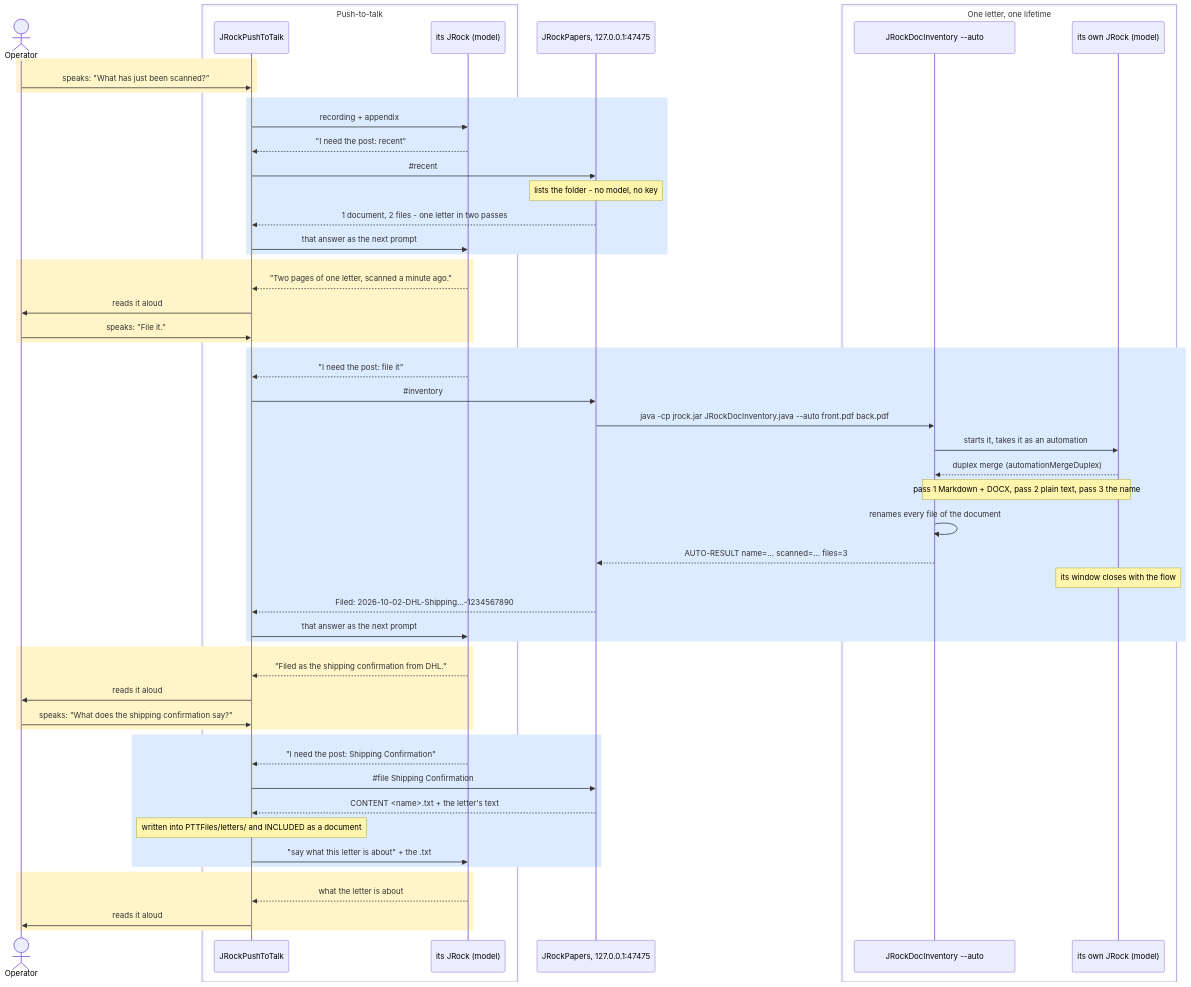
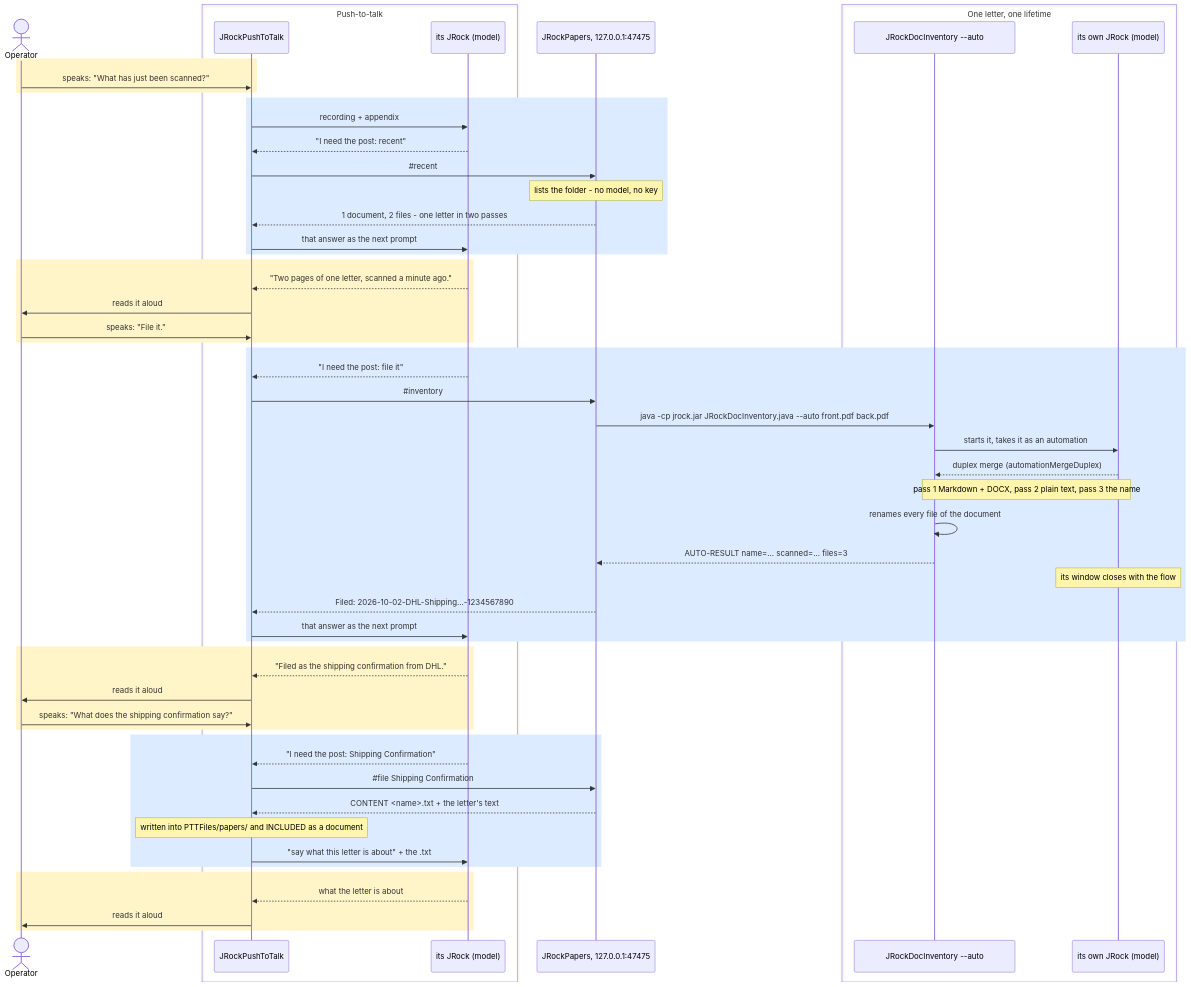
Before and after one commit to ivan-khvostishkov/jrock: the third of 7 diagrams in README.md, drawn with Mermaid. The commit also changed other lines of this file and 3 other files, not shown here.

First line of the commit message:
The agent is called Papers, including where it was still called Letters

````diff
--- a/README.md
+++ b/README.md
@@ -2664,59 +2665,59 @@
 ```mermaid
 sequenceDiagram
     actor Op as Operator
     box Push-to-talk
         participant PTT as JRockPushToTalk
         participant PM as its JRock (model)
     end
     participant Let as JRockPapers, 127.0.0.1:47475
     box One letter, one lifetime
         participant Flow as JRockDocInventory #45;#45;auto
         participant FM as its own JRock (model)
     end
 
     rect rgb(255, 245, 200)
         Op->>PTT: speaks: "What has just been scanned?"
     end
     rect rgb(220, 235, 255)
         PTT->>PM: recording + appendix
         PM-->>PTT: "I need the post: recent"
         PTT->>Let: #35;recent
         Note over Let: lists the folder - no model, no key
         Let-->>PTT: 1 document, 2 files - one letter in two passes
         PTT->>PM: that answer as the next prompt
     end
     rect rgb(255, 245, 200)
         PM-->>PTT: "Two pages of one letter, scanned a minute ago."
         PTT->>Op: reads it aloud
         Op->>PTT: speaks: "File it."
     end
     rect rgb(220, 235, 255)
         PM-->>PTT: "I need the post: file it"
         PTT->>Let: #35;inventory
         Let->>Flow: java -cp jrock.jar JRockDocInventory.java #45;#45;auto front.pdf back.pdf
         Flow->>FM: starts it, takes it as an automation
         FM-->>Flow: duplex merge (automationMergeDuplex)
         Note over Flow,FM: pass 1 Markdown + DOCX, pass 2 plain text, pass 3 the name
         Flow->>Flow: renames every file of the document
         Flow-->>Let: AUTO-RESULT name=... scanned=... files=3
         Note over FM: its window closes with the flow
         Let-->>PTT: Filed: 2026-10-02-DHL-Shipping...-1234567890
         PTT->>PM: that answer as the next prompt
     end
     rect rgb(255, 245, 200)
         PM-->>PTT: "Filed as the shipping confirmation from DHL."
         PTT->>Op: reads it aloud
         Op->>PTT: speaks: "What does the shipping confirmation say?"
     end
     rect rgb(220, 235, 255)
         PM-->>PTT: "I need the post: Shipping Confirmation"
         PTT->>Let: #35;file Shipping Confirmation
         Let-->>PTT: CONTENT <name>.txt + the letter's text
-        Note over PTT: written into PTTFiles/letters/ and INCLUDED as a document
+        Note over PTT: written into PTTFiles/papers/ and INCLUDED as a document
         PTT->>PM: "say what this letter is about" + the .txt
     end
     rect rgb(255, 245, 200)
         PM-->>PTT: what the letter is about
         PTT->>Op: reads it aloud
     end
 ```
````
